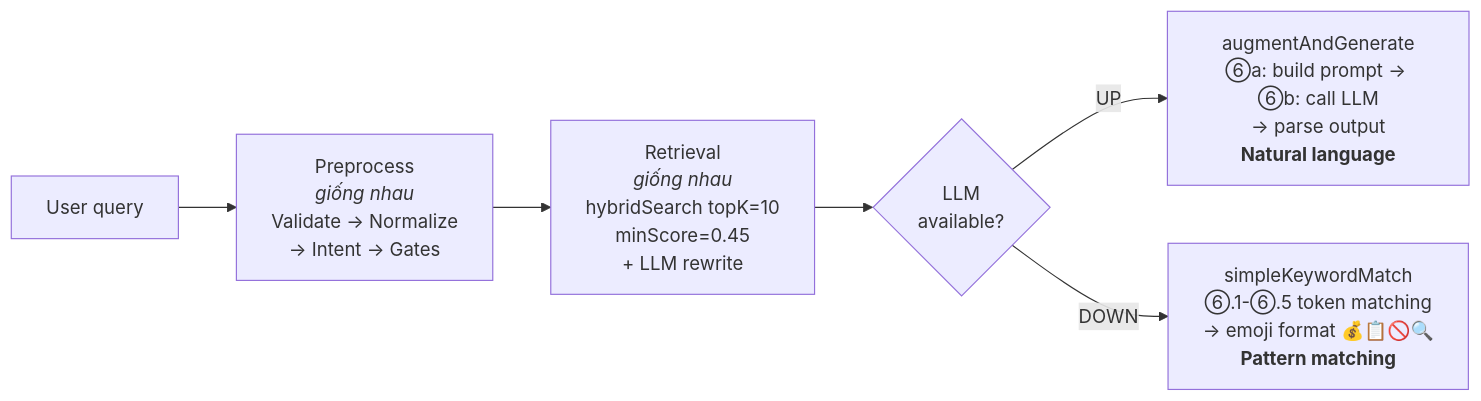
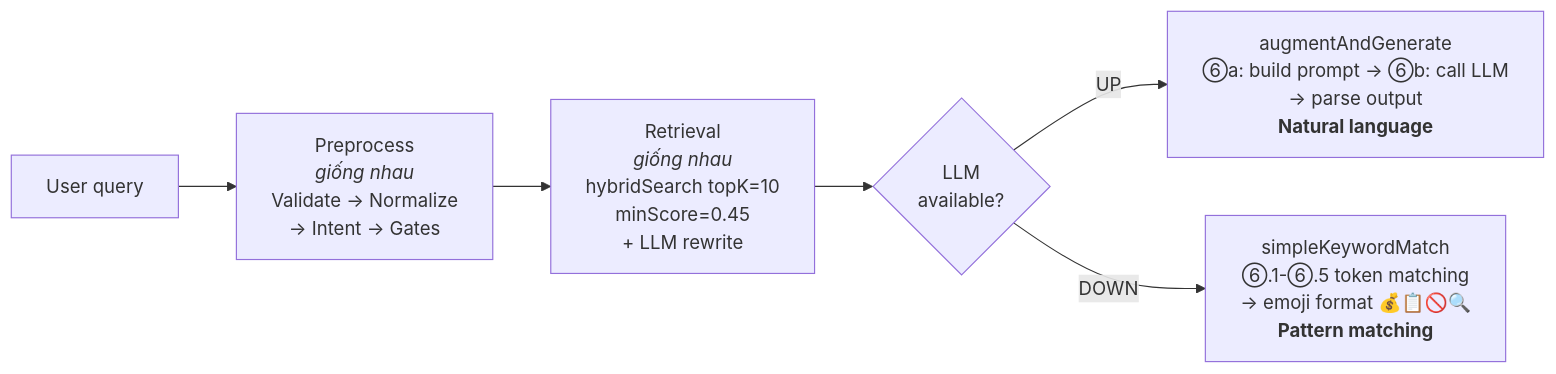
The second of 2 diagrams in backend/RAG_CHATBOT_PIPELINE.md (MinhThang1009/E-commerce-website), drawn with Mermaid before and after one commit. The commit also changed other lines of this file, not shown here.

First line of the commit message:
docs(ai): config Mermaid wrappingWidth=400 + bỏ hết padding hack

````diff
--- a/backend/RAG_CHATBOT_PIPELINE.md
+++ b/backend/RAG_CHATBOT_PIPELINE.md
@@ -380,8 +381,9 @@
 ```mermaid
+%%{init: {'flowchart': {'wrappingWidth': 400, 'padding': 15}}}%%
 flowchart LR
     A["User query"] --> B["Preprocess<br/><i>giống nhau</i><br/>Validate → Normalize<br/>→ Intent → Gates"]
     B --> C["Retrieval<br/><i>giống nhau</i><br/>hybridSearch topK=10<br/>minScore=0.45<br/>+ LLM rewrite"]
     C --> D{"LLM<br/>available?"}
     D -->|UP| E["augmentAndGenerate<br/>⑥a: build prompt → ⑥b: call LLM<br/>→ parse output<br/><b>Natural language</b>"]
     D -->|DOWN| F["simpleKeywordMatch<br/>⑥.1-⑥.5 token matching<br/>→ emoji format 💰📋🚫🔍<br/><b>Pattern matching</b>"]
 ```
````
